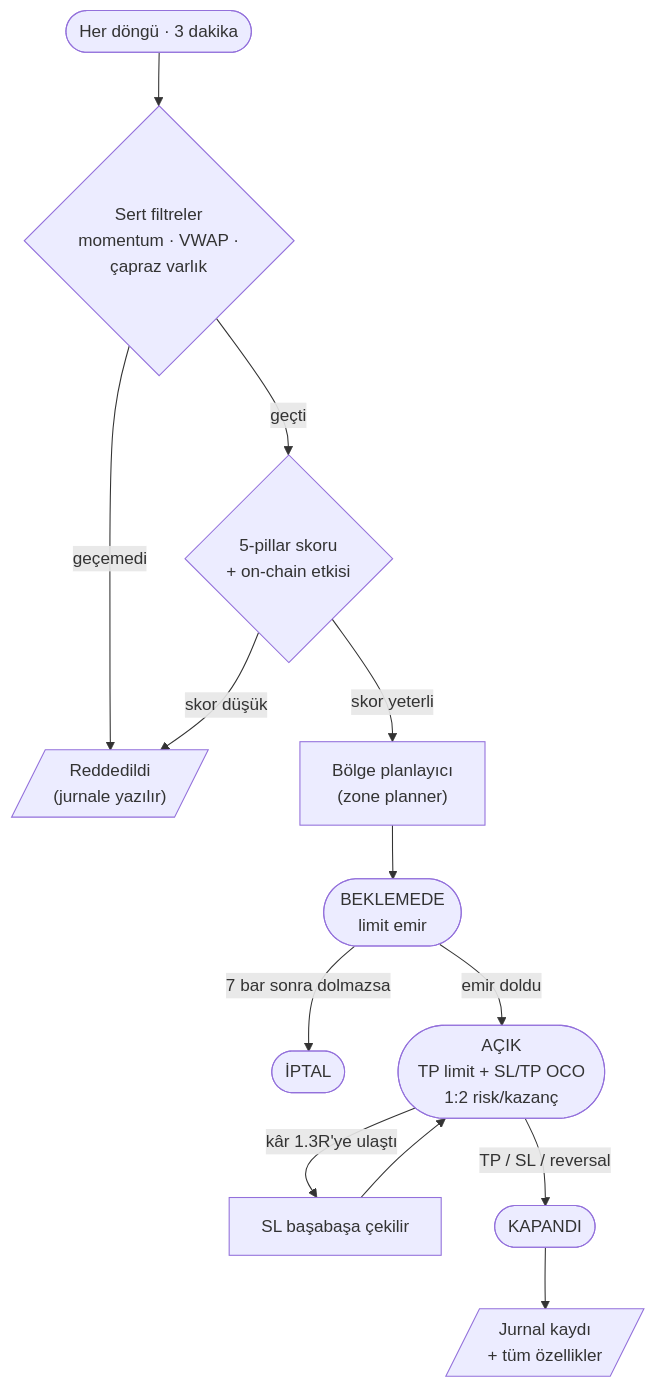
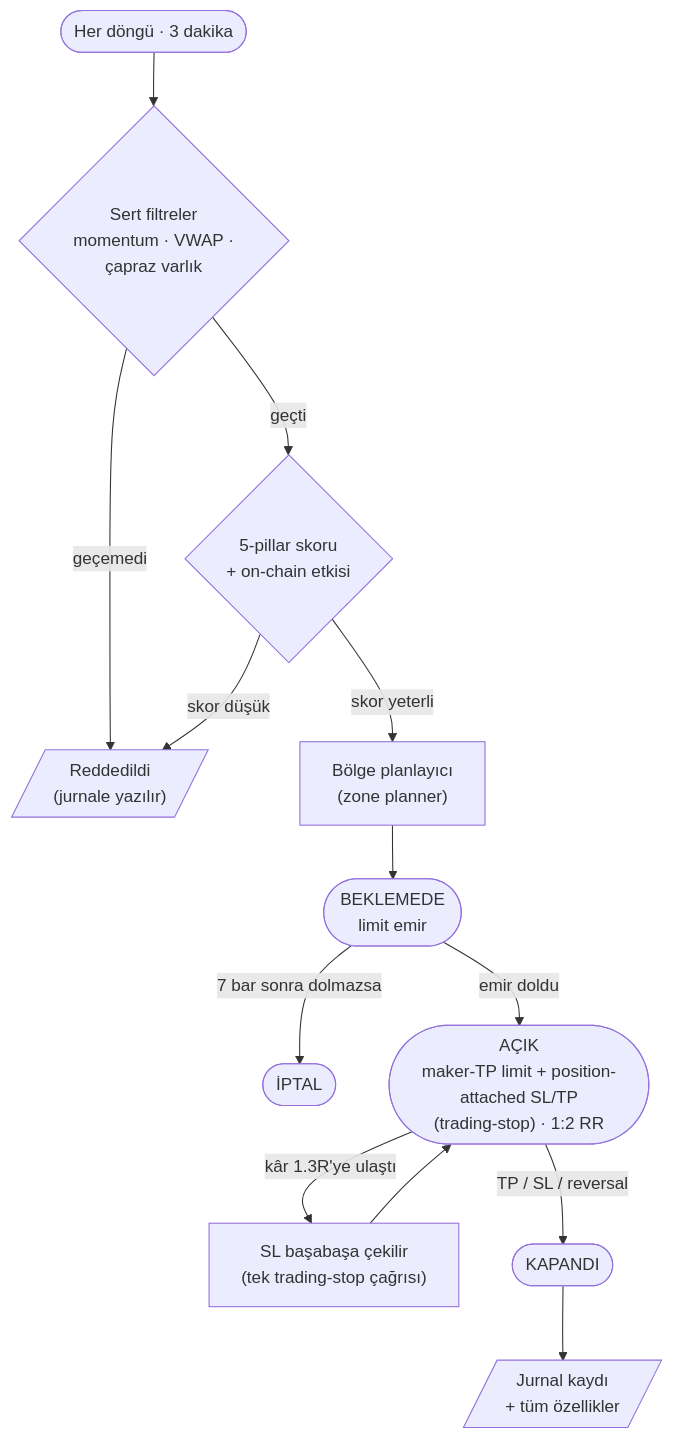
One commit to last-26/SMTbot changed the second of 3 diagrams in README.md. Above: the diagram before and after it, drawn with Mermaid. The commit also changed other lines of this file and 29 other files, not shown here.

````diff
--- a/README.md
+++ b/README.md
@@ -51,15 +51,15 @@
 ```mermaid
 flowchart TD
     Tick(["Her döngü · 3 dakika"]) --> HG{"Sert filtreler<br/>momentum · VWAP ·<br/>çapraz varlık"}
     HG -- geçemedi --> Rej[/"Reddedildi<br/>(jurnale yazılır)"/]
     HG -- geçti --> Conf{"5-pillar skoru<br/>+ on-chain etkisi"}
     Conf -- "skor düşük" --> Rej
     Conf -- "skor yeterli" --> Zone["Bölge planlayıcı<br/>(zone planner)"]
     Zone --> Pending(["BEKLEMEDE<br/>limit emir"])
     Pending -- "7 bar sonra dolmazsa" --> Cancel([İPTAL])
-    Pending -- "emir doldu" --> Open(["AÇIK<br/>TP limit + SL/TP OCO<br/>1:2 risk/kazanç"])
-    Open -- "kâr 1.3R'ye ulaştı" --> Lock["SL başabaşa çekilir"]
+    Pending -- "emir doldu" --> Open(["AÇIK<br/>maker-TP limit + position-attached SL/TP<br/>(trading-stop) · 1:2 RR"])
+    Open -- "kâr 1.3R'ye ulaştı" --> Lock["SL başabaşa çekilir<br/>(tek trading-stop çağrısı)"]
     Lock --> Open
     Open -- "TP / SL / reversal" --> Closed([KAPANDI])
     Closed --> Journal[/"Jurnal kaydı<br/>+ tüm özellikler"/]
 ```
````
